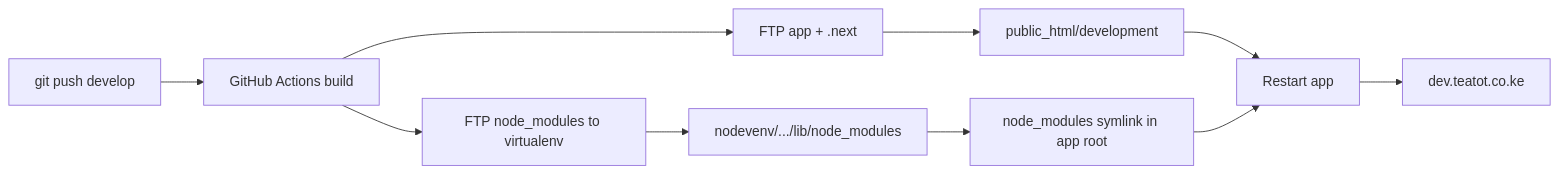
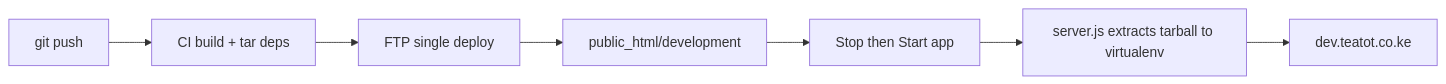
One commit to felixodette/teatot changed the diagram in docs/DEPLOYMENT.md. Above: the diagram before and after it, drawn with Mermaid. The commit also changed other lines of this file and 4 other files, not shown here.

First line of the commit message:
Ship deps as tarball to fix FTPS connection drops on deploy.

````diff
--- a/docs/DEPLOYMENT.md
+++ b/docs/DEPLOYMENT.md
@@ -89,12 +90,9 @@
 ```mermaid
 flowchart LR
-  A[git push develop] --> B[GitHub Actions build]
-  B --> C[FTP app + .next]
-  B --> D[FTP node_modules to virtualenv]
-  C --> E[public_html/development]
-  D --> F[nodevenv/.../lib/node_modules]
-  F --> G[node_modules symlink in app root]
-  E --> H[Restart app]
-  G --> H
-  H --> I[dev.teatot.co.ke]
+  A[git push] --> B[CI build + tar deps]
+  B --> C[FTP single deploy]
+  C --> D[public_html/development]
+  D --> E[Stop then Start app]
+  E --> F[server.js extracts tarball to virtualenv]
+  F --> G[dev.teatot.co.ke]
 ```
````
